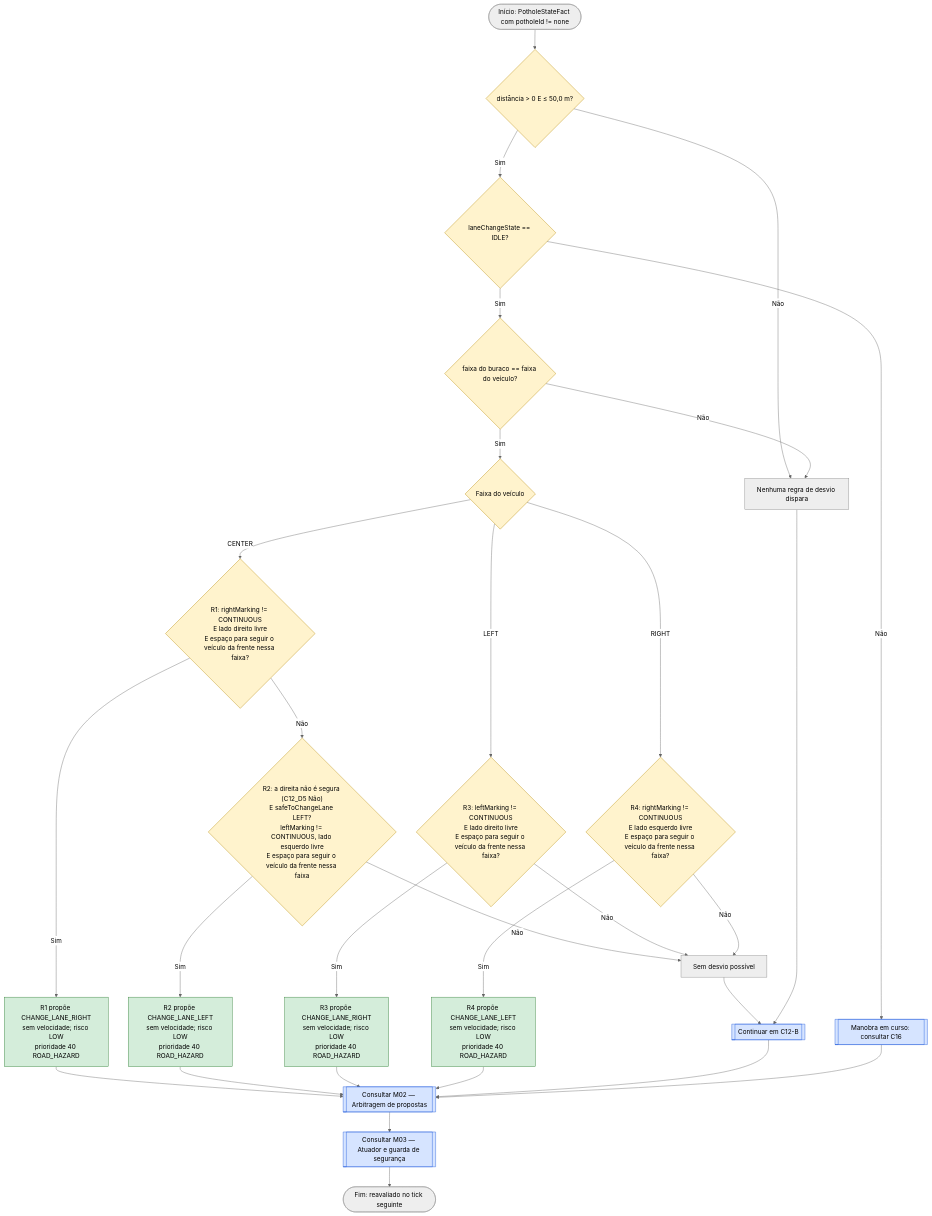
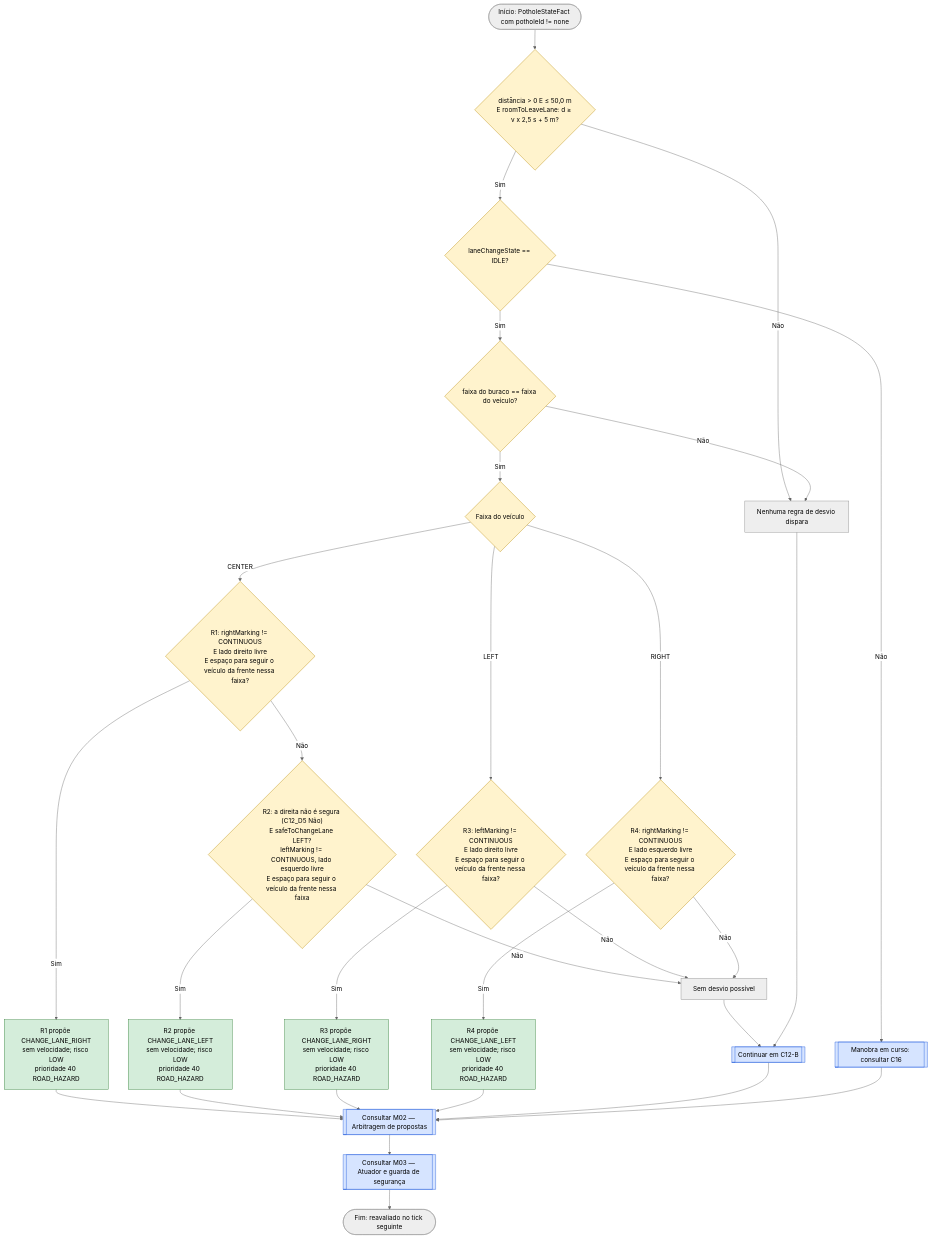
The first of 2 diagrams in docs/fluxogramas/C12-buraco-na-via.md (1-2Drive/projeto-1), drawn with Mermaid (neutral theme) before and after one commit. The commit also changed other lines of this file and 38 other files, not shown here.

````diff
--- a/docs/fluxogramas/C12-buraco-na-via.md
+++ b/docs/fluxogramas/C12-buraco-na-via.md
@@ -14,45 +16,45 @@
 ```mermaid
 flowchart TD
-    C12_S(["Início: PotholeStateFact com potholeId != none"]) --> C12_D1{"distância #gt; 0 E ≤ 50,0 m?"}
+    C12_S(["Início: PotholeStateFact com potholeId != none"]) --> C12_D1{"distância #gt; 0 E ≤ 50,0 m<br/>E roomToLeaveLane: d ≥ v x 2,5 s + 5 m?"}
     C12_D1 -- "Não" --> C12_X0["Nenhuma regra de desvio dispara"]
     C12_D1 -- "Sim" --> C12_D2{"laneChangeState == IDLE?"}
     C12_D2 -- "Não" --> C12_C16[["Manobra em curso: consultar C16"]]
     C12_D2 -- "Sim" --> C12_D3{"faixa do buraco == faixa do veículo?"}
     C12_D3 -- "Não" --> C12_X0
     C12_D3 -- "Sim" --> C12_D4{"Faixa do veículo"}
 
     C12_D4 -- "CENTER" --> C12_D5{"R1: rightMarking != CONTINUOUS<br/>E lado direito livre<br/>E espaço para seguir o veículo da frente nessa faixa?"}
     C12_D5 -- "Sim" --> C12_P1["R1 propõe CHANGE_LANE_RIGHT<br/>sem velocidade; risco LOW<br/>prioridade 40 ROAD_HAZARD"]
     C12_D5 -- "Não" --> C12_D6{"R2: a direita não é segura (C12_D5 Não)<br/>E safeToChangeLane LEFT?<br/>leftMarking != CONTINUOUS, lado esquerdo livre<br/>E espaço para seguir o veículo da frente nessa faixa"}
     C12_D6 -- "Sim" --> C12_P2["R2 propõe CHANGE_LANE_LEFT<br/>sem velocidade; risco LOW<br/>prioridade 40 ROAD_HAZARD"]
     C12_D6 -- "Não" --> C12_X1["Sem desvio possível"]
 
     C12_D4 -- "LEFT" --> C12_D7{"R3: leftMarking != CONTINUOUS<br/>E lado direito livre<br/>E espaço para seguir o veículo da frente nessa faixa?"}
     C12_D7 -- "Sim" --> C12_P3["R3 propõe CHANGE_LANE_RIGHT<br/>sem velocidade; risco LOW<br/>prioridade 40 ROAD_HAZARD"]
     C12_D7 -- "Não" --> C12_X1
 
     C12_D4 -- "RIGHT" --> C12_D8{"R4: rightMarking != CONTINUOUS<br/>E lado esquerdo livre<br/>E espaço para seguir o veículo da frente nessa faixa?"}
     C12_D8 -- "Sim" --> C12_P4["R4 propõe CHANGE_LANE_LEFT<br/>sem velocidade; risco LOW<br/>prioridade 40 ROAD_HAZARD"]
     C12_D8 -- "Não" --> C12_X1
 
     C12_X1 --> C12_RB[["Continuar em C12-B"]]
     C12_X0 --> C12_RB
     C12_P1 --> C12_M2[["Consultar M02 — Arbitragem de propostas"]]
     C12_P2 --> C12_M2
     C12_P3 --> C12_M2
     C12_P4 --> C12_M2
     C12_RB --> C12_M2
     C12_C16 --> C12_M2
     C12_M2 --> C12_M3[["Consultar M03 — Atuador e guarda de segurança"]]
     C12_M3 --> C12_E(["Fim: reavaliado no tick seguinte"])
 
     classDef prob fill:#e53935,stroke:#7f0000,stroke-width:3px,color:#fff
     classDef dec fill:#fff3cd,stroke:#b58900,color:#000
     classDef prop fill:#d4edda,stroke:#2e7d32,color:#000
     classDef nao fill:#eeeeee,stroke:#888888,color:#000
     classDef ref fill:#d6e4ff,stroke:#1a56db,color:#000
     class C12_D1,C12_D2,C12_D3,C12_D4,C12_D5,C12_D6,C12_D7,C12_D8 dec
     class C12_X0,C12_X1 nao
     class C12_RB,C12_C16,C12_M2,C12_M3 ref
     class C12_P1,C12_P2,C12_P3,C12_P4 prop
 ```
````
